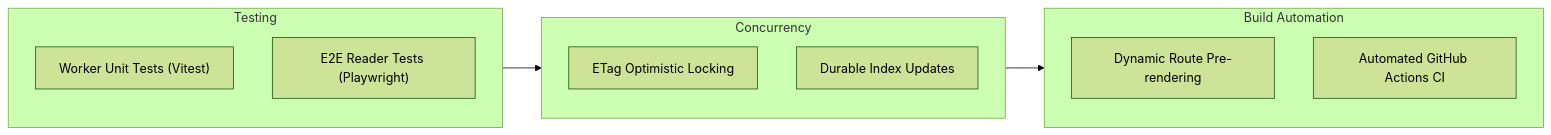
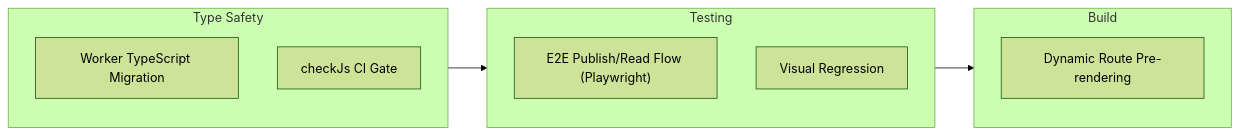
The diagram in docs/evaluation.mdx (AmritSDutta/kalidass), drawn with Mermaid (forest theme) before and after one commit. The commit also changed other lines of this file and 11 other files, not shown here.

````diff
--- a/docs/evaluation.mdx
+++ b/docs/evaluation.mdx
@@ -43,17 +40,16 @@
 ```mermaid
 flowchart LR
-  subgraph Stage1["Testing"]
-    WorkerTests["Worker Unit Tests (Vitest)"]
-    E2ETests["E2E Reader Tests (Playwright)"]
+  subgraph Stage1["Type Safety"]
+    WorkerTypes["Worker TypeScript Migration"]
+    CheckJs["checkJs CI Gate"]
   end
-  subgraph Stage2["Concurrency"]
-    ETags["ETag Optimistic Locking"]
-    AtomicIndex["Durable Index Updates"]
+  subgraph Stage2["Testing"]
+    E2ETests["E2E Publish/Read Flow (Playwright)"]
+    VisualTests["Visual Regression"]
   end
-  subgraph Stage3["Build Automation"]
+  subgraph Stage3["Build"]
     SSGFallback["Dynamic Route Pre-rendering"]
-    CIWorkflow["Automated GitHub Actions CI"]
   end
   Stage1 --> Stage2
   Stage2 --> Stage3
 ```
````
